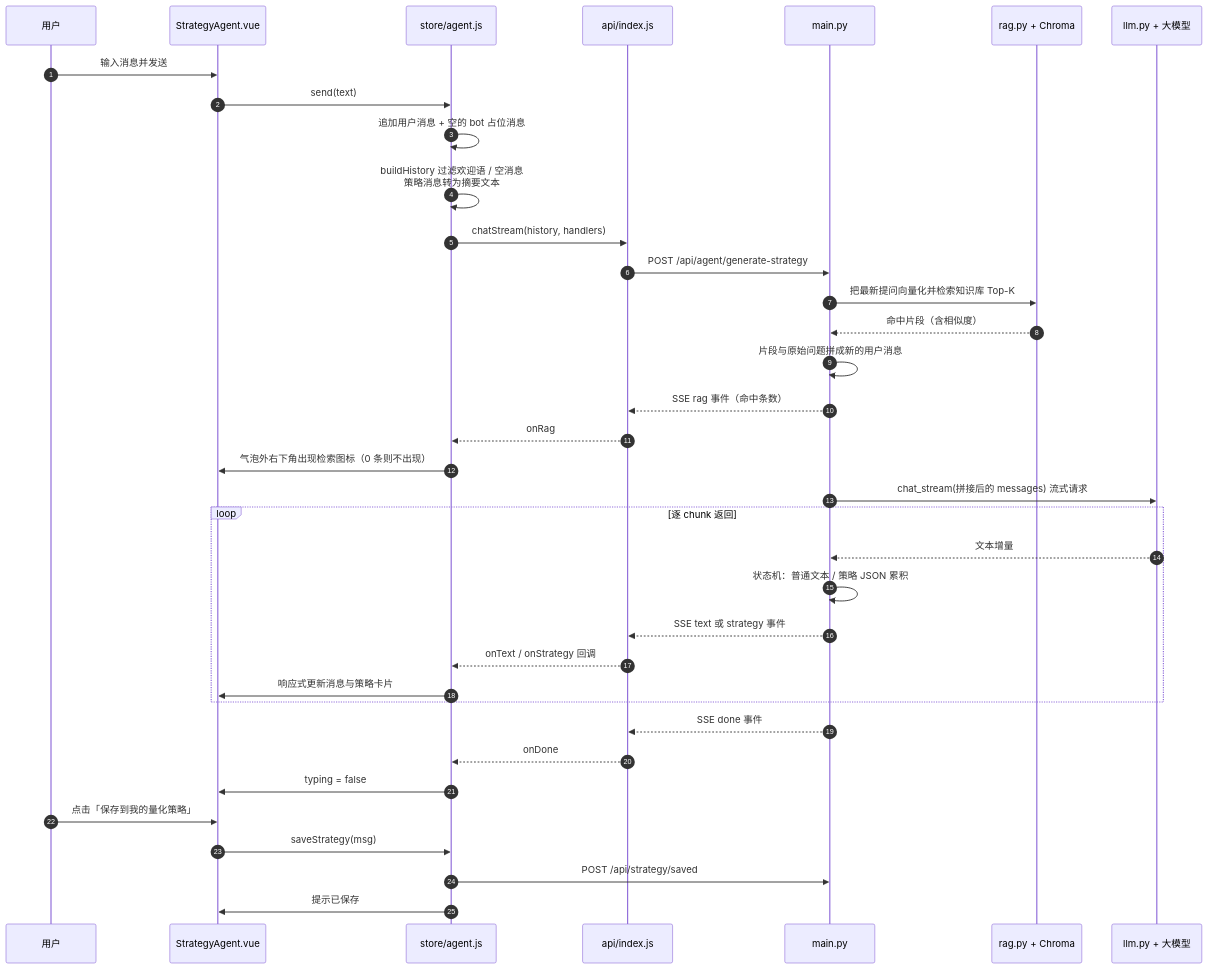
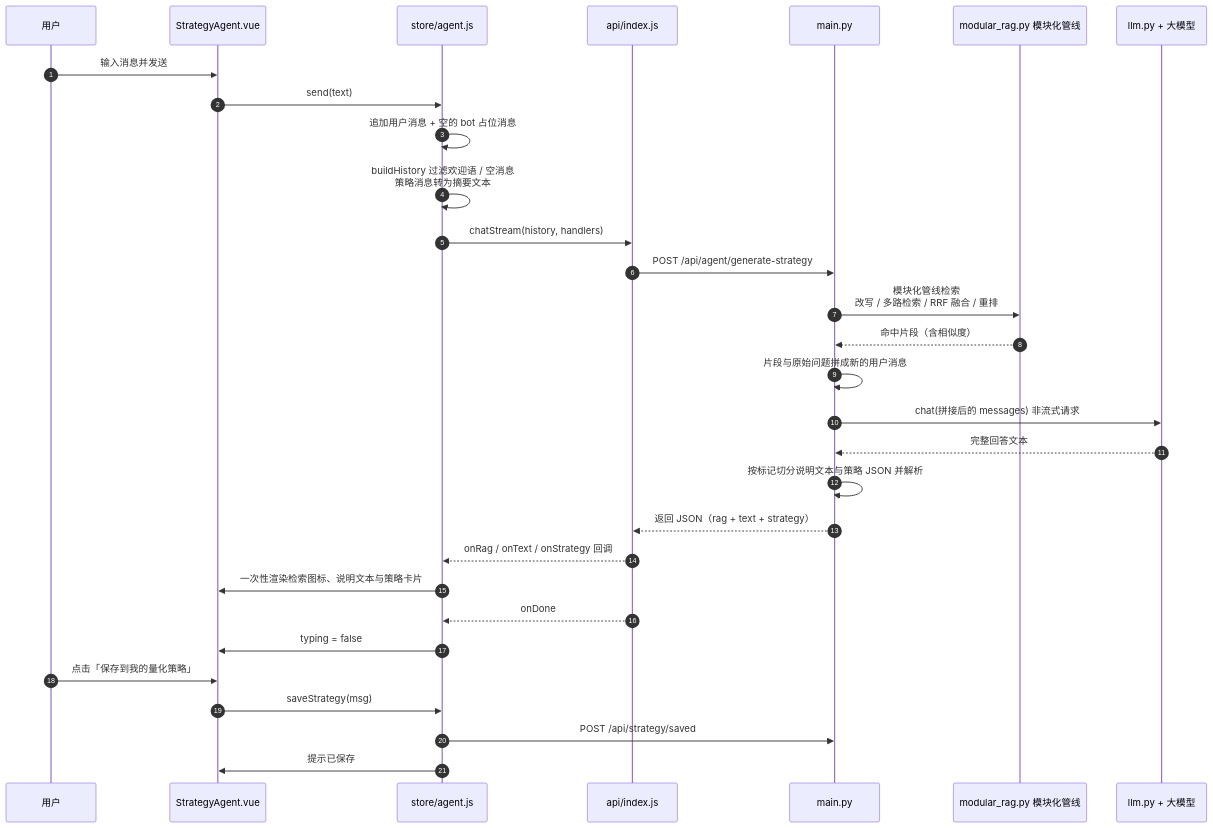
The sixth of 11 diagrams in README.md (Song-Yingji/Iktsuarpok), drawn with Mermaid before and after one commit. The commit also changed other lines of this file and 13 other files, not shown here.

````diff
--- a/README.md
+++ b/README.md
@@ -347,39 +350,33 @@
 ```mermaid
 sequenceDiagram
     autonumber
     participant U as 用户
     participant V as StrategyAgent.vue
     participant S as store/agent.js
     participant A as api/index.js
     participant M as main.py
-    participant R as rag.py + Chroma
+    participant R as modular_rag.py 模块化管线
     participant L as llm.py + 大模型
 
     U->>V: 输入消息并发送
     V->>S: send(text)
     S->>S: 追加用户消息 + 空的 bot 占位消息
     S->>S: buildHistory 过滤欢迎语 / 空消息<br/>策略消息转为摘要文本
     S->>A: chatStream(history, handlers)
     A->>M: POST /api/agent/generate-strategy
-    M->>R: 把最新提问向量化并检索知识库 Top-K
+    M->>R: 模块化管线检索<br/>改写 / 多路检索 / RRF 融合 / 重排
     R-->>M: 命中片段（含相似度）
     M->>M: 片段与原始问题拼成新的用户消息
-    M-->>A: SSE rag 事件（命中条数）
-    A-->>S: onRag
-    S->>V: 气泡外右下角出现检索图标（0 条则不出现）
-    M->>L: chat_stream(拼接后的 messages) 流式请求
-    loop 逐 chunk 返回
-        L-->>M: 文本增量
-        M->>M: 状态机：普通文本 / 策略 JSON 累积
-        M-->>A: SSE text 或 strategy 事件
-        A-->>S: onText / onStrategy 回调
-        S->>V: 响应式更新消息与策略卡片
-    end
-    M-->>A: SSE done 事件
+    M->>L: chat(拼接后的 messages) 非流式请求
+    L-->>M: 完整回答文本
+    M->>M: 按标记切分说明文本与策略 JSON 并解析
+    M-->>A: 返回 JSON（rag + text + strategy）
+    A-->>S: onRag / onText / onStrategy 回调
+    S->>V: 一次性渲染检索图标、说明文本与策略卡片
     A-->>S: onDone
     S->>V: typing = false
     U->>V: 点击「保存到我的量化策略」
     V->>S: saveStrategy(msg)
     S->>M: POST /api/strategy/saved
     S->>V: 提示已保存
 ```
````
